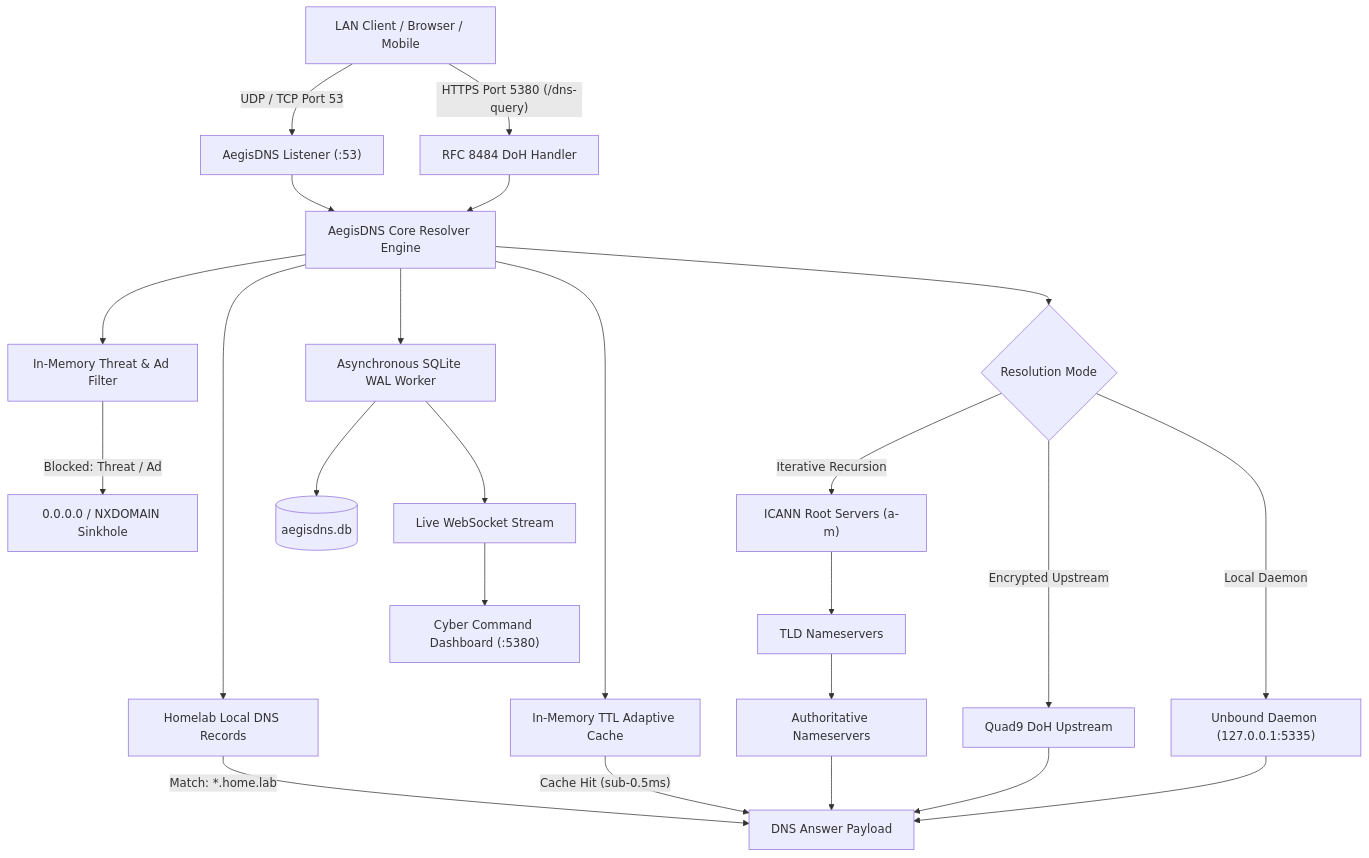
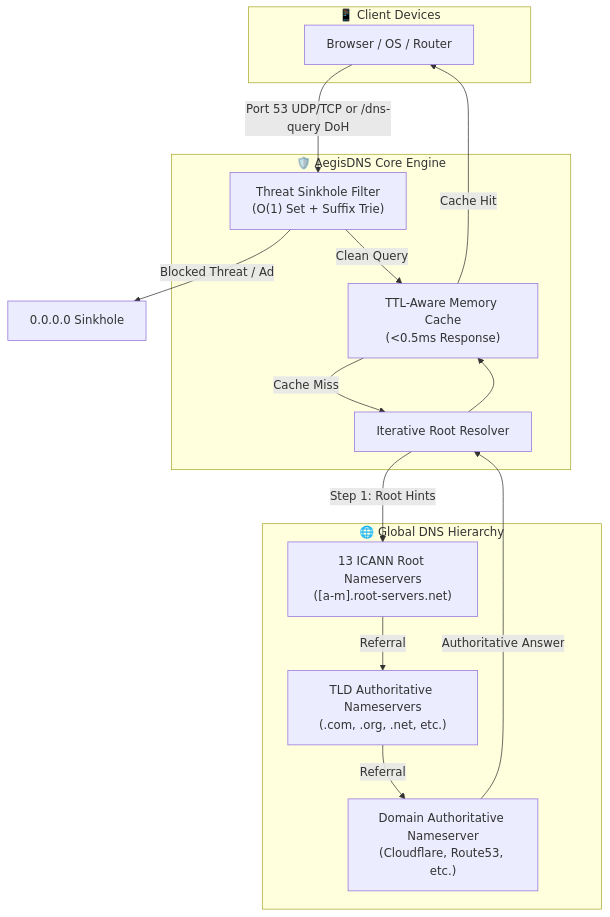
Before and after one commit to digdast/aegisdns: the diagram in README.md, drawn with Mermaid. The commit also changed other lines of this file and 1 other file, not shown here.

Commit message:
docs: beautify AegisDNS documentation with cluster DNS screenshot and root recursion flow diagram

````diff
--- a/README.md
+++ b/README.md
@@ -115,33 +41,30 @@
 ```mermaid
-graph TD
-    Client["LAN Client / Browser / Mobile"] -->|"UDP / TCP Port 53"| UDPListener["AegisDNS Listener (:53)"]
-    Client -->|"HTTPS Port 5380 (/dns-query)"| DoHHandler["RFC 8484 DoH Handler"]
-    
-    UDPListener --> CoreResolver["AegisDNS Core Resolver Engine"]
-    DoHHandler --> CoreResolver
-    
-    CoreResolver --> LocalDNS["Homelab Local DNS Records"]
-    LocalDNS -->|"Match: *.home.lab"| Answer["DNS Answer Payload"]
-    
-    CoreResolver --> FilterEngine["In-Memory Threat & Ad Filter"]
-    FilterEngine -->|"Blocked: Threat / Ad"| Sinkhole["0.0.0.0 / NXDOMAIN Sinkhole"]
-    
-    CoreResolver --> MemoryCache["In-Memory TTL Adaptive Cache"]
-    MemoryCache -->|"Cache Hit (sub-0.5ms)"| Answer
-    
-    CoreResolver --> UpstreamRouter{"Resolution Mode"}
-    UpstreamRouter -->|"Iterative Recursion"| RootHints["ICANN Root Servers (a-m)"]
-    UpstreamRouter -->|"Encrypted Upstream"| Quad9["Quad9 DoH Upstream"]
-    UpstreamRouter -->|"Local Daemon"| LocalUnbound["Unbound Daemon (127.0.0.1:5335)"]
-    
-    RootHints --> TLD["TLD Nameservers"]
-    TLD --> Authoritative["Authoritative Nameservers"]
-    Authoritative --> Answer
-    Quad9 --> Answer
-    LocalUnbound --> Answer
-    
-    CoreResolver --> AsyncWorker["Asynchronous SQLite WAL Worker"]
-    AsyncWorker --> Database[("aegisdns.db")]
-    AsyncWorker --> WebSocketStream["Live WebSocket Stream"]
-    WebSocketStream --> WebUI["Cyber Command Dashboard (:5380)"]
+flowchart TD
+    subgraph Clients ["📱 Client Devices"]
+        Dev["Browser / OS / Router"]
+    end
+
+    subgraph AegisEngine ["🛡️ AegisDNS Core Engine"]
+        Sinkhole["Threat Sinkhole Filter\n(O(1) Set + Suffix Trie)"]
+        Cache["TTL-Aware Memory Cache\n(<0.5ms Response)"]
+        Resolver["Iterative Root Resolver"]
+    end
+
+    subgraph Hierarchy ["🌐 Global DNS Hierarchy"]
+        Root["13 ICANN Root Nameservers\n([a-m].root-servers.net)"]
+        TLD["TLD Authoritative Nameservers\n(.com, .org, .net, etc.)"]
+        Auth["Domain Authoritative Nameserver\n(Cloudflare, Route53, etc.)"]
+    end
+
+    Dev -->|Port 53 UDP/TCP or /dns-query DoH| Sinkhole
+    Sinkhole -->|Blocked Threat / Ad| Blackhole["0.0.0.0 Sinkhole"]
+    Sinkhole -->|Clean Query| Cache
+    Cache -->|Cache Hit| Dev
+    Cache -->|Cache Miss| Resolver
+
+    Resolver -->|Step 1: Root Hints| Root
+    Root -->|Referral| TLD
+    TLD -->|Referral| Auth
+    Auth -->|Authoritative Answer| Resolver
+    Resolver --> Cache
 ```
````
